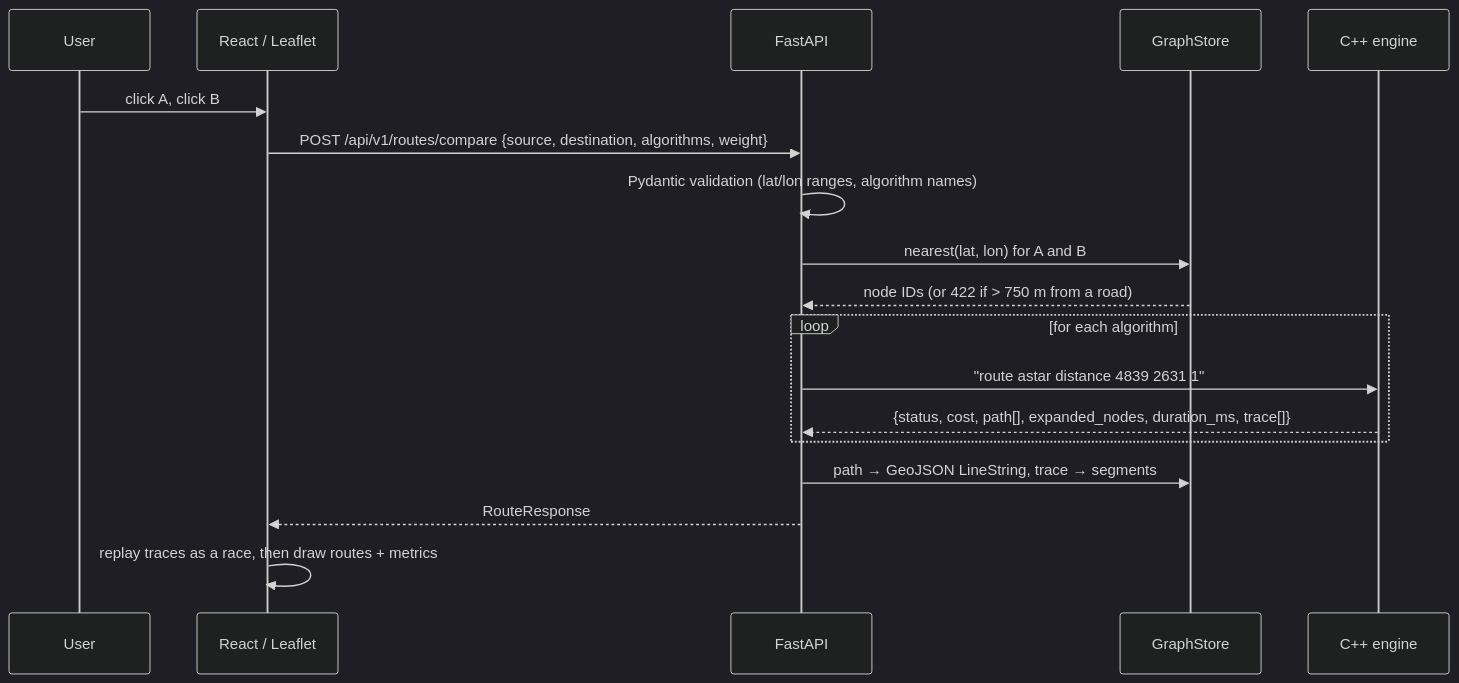
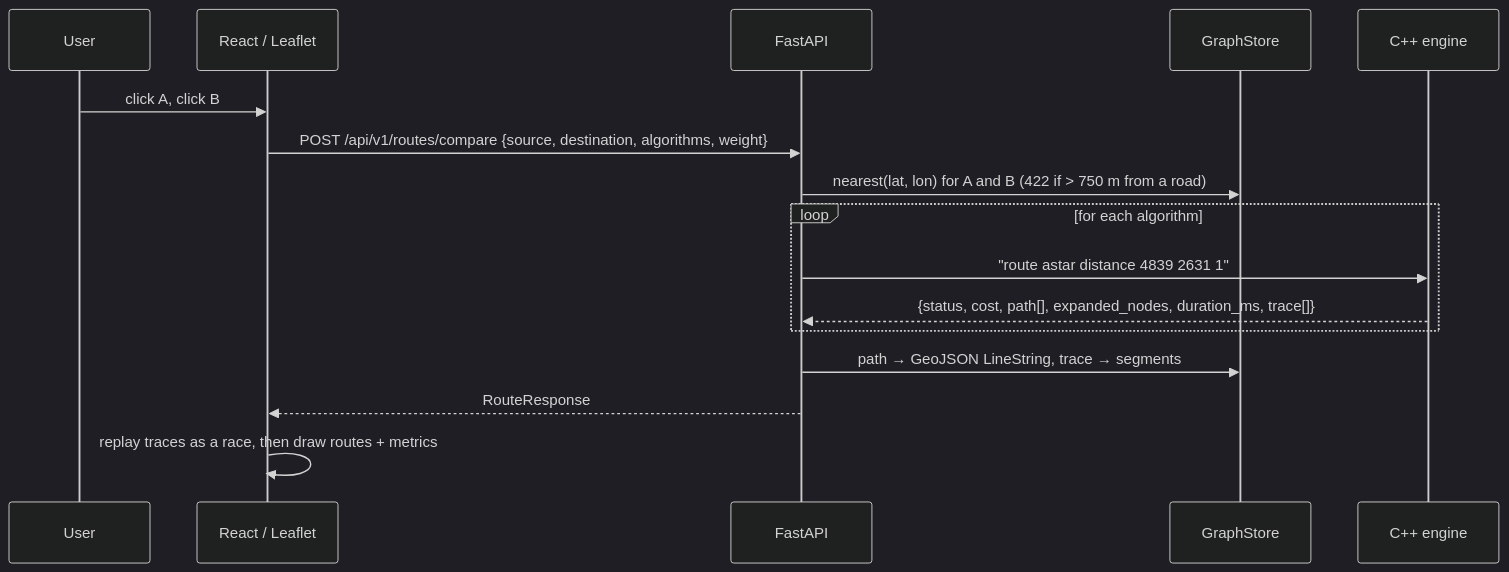
The second of 5 diagrams in Architecture.md (IamShreshth/pathos), drawn with Mermaid (dark theme) before and after one commit. The commit also changed other lines of this file and 84 other files, not shown here.

````diff
--- a/Architecture.md
+++ b/Architecture.md
@@ -54,20 +85,18 @@
 ```mermaid
 sequenceDiagram
     participant U as User
     participant R as React / Leaflet
     participant F as FastAPI
     participant G as GraphStore
     participant E as C++ engine
     U->>R: click A, click B
     R->>F: POST /api/v1/routes/compare {source, destination, algorithms, weight}
-    F->>F: Pydantic validation (lat/lon ranges, algorithm names)
-    F->>G: nearest(lat, lon) for A and B
-    G-->>F: node IDs (or 422 if > 750 m from a road)
+    F->>G: nearest(lat, lon) for A and B (422 if > 750 m from a road)
     loop for each algorithm
         F->>E: "route astar distance 4839 2631 1"
         E-->>F: {status, cost, path[], expanded_nodes, duration_ms, trace[]}
     end
     F->>G: path → GeoJSON LineString, trace → segments
     F-->>R: RouteResponse
     R->>R: replay traces as a race, then draw routes + metrics
 ```
````
